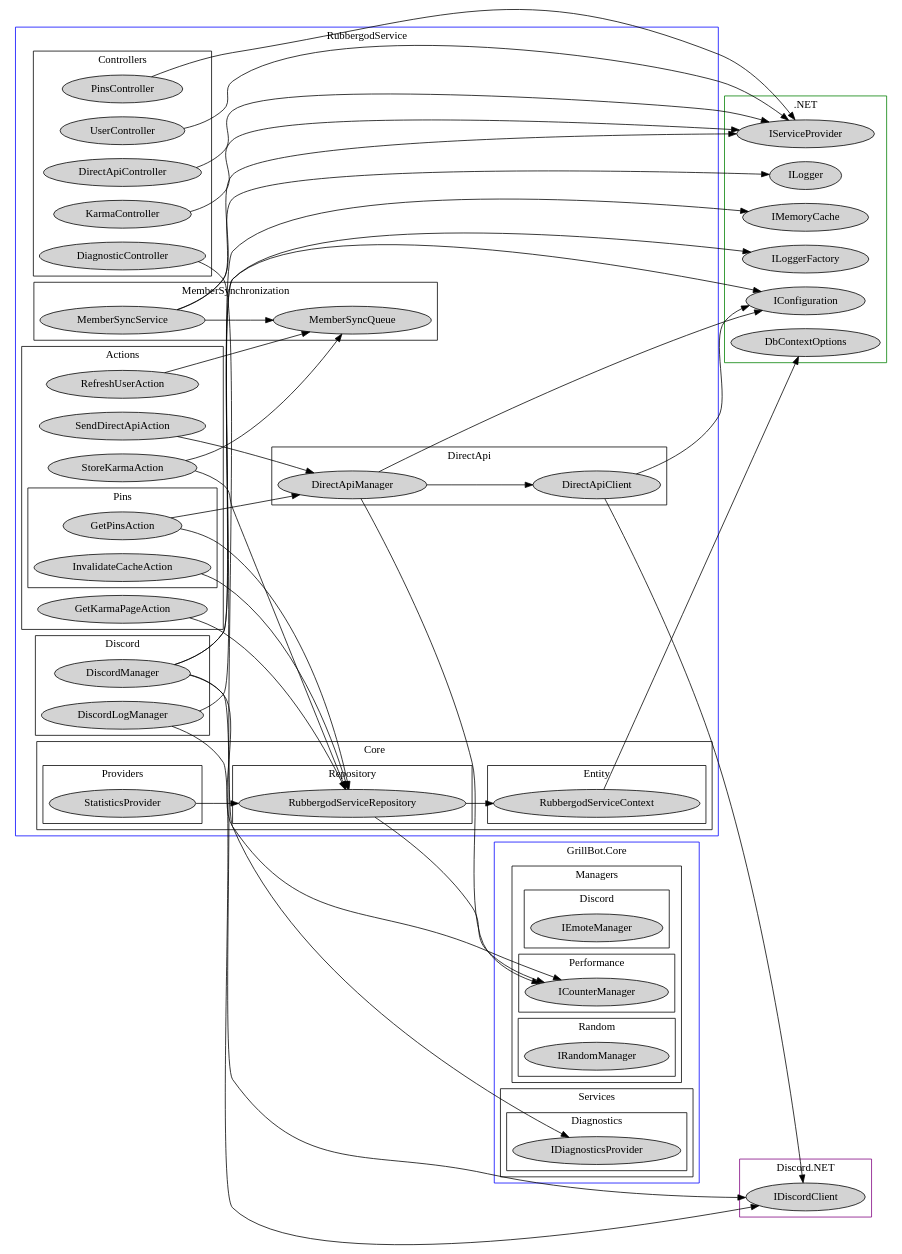
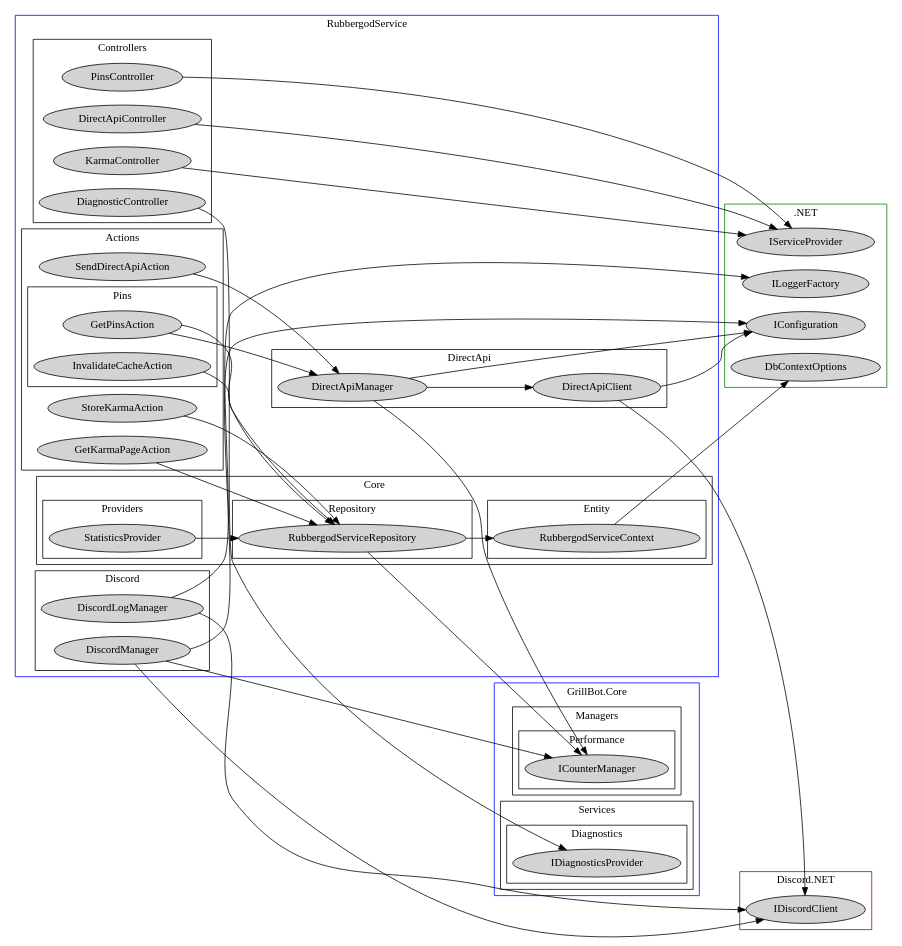
The diagram in data/di-graph-rubbergod.dot (GrillBot/grillbot-docs), drawn with Graphviz before and after one commit. The commit also changed 2 other files, not shown here.

```diff
--- a/data/di-graph-rubbergod.dot
+++ b/data/di-graph-rubbergod.dot
@@ -1,189 +1,157 @@
 digraph GrillBot {
     rankdir=LR
 	
 	subgraph cluster_0 {
 		node [style=filled];
 		label = "RubbergodService";
 		color=blue
 		
         subgraph cluster_3_1 {
             node [style=filled];
             label="Actions";
             color=black;
             
             subgraph cluster_3_1_1 {
                 node [style=filled];
                 label="Pins";
                 color=black;
                 
                 GetPinsAction
                 InvalidateCacheAction
             }
             
             GetKarmaPageAction
-            RefreshUserAction
             SendDirectApiAction
             StoreKarmaAction
         }
         
         subgraph cluster_3_2 {
             node [style=filled];
             label="Controllers";
             color=black;
             
             DiagnosticController
             DirectApiController
             KarmaController
             PinsController
-            UserController
         }
         
         subgraph cluster_3_3 {
             node [style=filled];
             label="Core"
             color=black
             
             subgraph cluster_3_3_1 {
                 node [style=filled];
                 label="Entity"
                 color=black;
                 
                 RubbergodServiceContext
             }
             
             subgraph cluster_3_3_2 {
                 node [style=filled];
                 label="Providers"
                 color=black;
                 
                 StatisticsProvider
             }
             
             subgraph cluster_3_3_3 {
                 node [style=filled];
                 label="Repository"
                 color=black
                 
                 RubbergodServiceRepository
             }
         }
         
         subgraph cluster_4 {
 	        node [style=filled];
             label="DirectApi";
             color=black;
 	        
 	        DirectApiClient
 	        DirectApiManager
 	    }
 	    
 	    subgraph cluster_5 {
 	        node [style=filled];
             label="Discord";
             color=black;
 	        
 	        DiscordLogManager
 	        DiscordManager
 	    }
-	    
-	    subgraph cluster_6 {
-	        node [style=filled];
-            label="MemberSynchronization";
-            color=black;
-	        
-	        MemberSyncQueue
-	        MemberSyncService
-	    }
 	}
 	
 	subgraph cluster_4 {
 	    node [style=filled];
 	    label = "GrillBot.Core";
 	    color=blue
 	    
 	    subgraph cluster_4_1 {
 	        node [style=filled];
             label="Managers";
             color=black;
             
             subgraph cluster_4_1_1 {
 	            node [style=filled];
-                label="Discord";
-                color=black;
-                
-                IEmoteManager
-	        }
-            
-            subgraph cluster_4_1_2 {
-	            node [style=filled];
                 label="Performance";
                 color=black;
                 
                 ICounterManager
-	        }
-	        
-	        subgraph cluster_4_1_3 {
-	            node [style=filled];
-                label="Random";
-                color=black;
-                
-                IRandomManager
 	        }
 	    }
 	    
 	    subgraph cluster_4_2 {
 	        node [style=filled];
             label="Services";
             color=black;
 	        
 	        subgraph cluster_4_3 {
 	            node [style=filled];
                 label="Diagnostics";
                 color=black;
 	            
 	            IDiagnosticsProvider
 	        }
 	    }
 	}
 	
 	subgraph cluster_100 {
 	    node[style=filled];
 	    label = ".NET"
 	    color=green
 	    
 	    IConfiguration
 	    IServiceProvider
 	    DbContextOptions
 	    ILoggerFactory
-	    IMemoryCache
-	    ILogger
 	}
 	
 	subgraph cluster_101 {
 	    node[style=filled];
 	    label = "Discord.NET"
 	    color=purple
 	    
 	    IDiscordClient
 	}
 	
 	GetKarmaPageAction -> { RubbergodServiceRepository }
-	RefreshUserAction -> { MemberSyncQueue }
 	SendDirectApiAction -> { DirectApiManager }
-	StoreKarmaAction -> { MemberSyncQueue RubbergodServiceRepository }
+	StoreKarmaAction -> { RubbergodServiceRepository }
 	DiagnosticController -> { IDiagnosticsProvider }
 	DirectApiController -> { IServiceProvider }
 	KarmaController -> { IServiceProvider }
-	UserController -> { IServiceProvider }
 	StatisticsProvider -> { RubbergodServiceRepository }
 	RubbergodServiceRepository -> { RubbergodServiceContext ICounterManager }
 	RubbergodServiceContext -> { DbContextOptions }
 	DirectApiClient -> { IDiscordClient IConfiguration }
 	DiscordLogManager -> { IDiscordClient ILoggerFactory }
-	DiscordManager ->{ IDiscordClient IConfiguration IMemoryCache ICounterManager }
-	MemberSyncService -> { MemberSyncQueue IServiceProvider ILogger }
+	DiscordManager -> { IDiscordClient IConfiguration ICounterManager }
 	DirectApiManager -> { IConfiguration DirectApiClient ICounterManager }
 	PinsController -> { IServiceProvider }
 	InvalidateCacheAction -> { RubbergodServiceRepository }
 	GetPinsAction -> { RubbergodServiceRepository DirectApiManager }
 }
```
